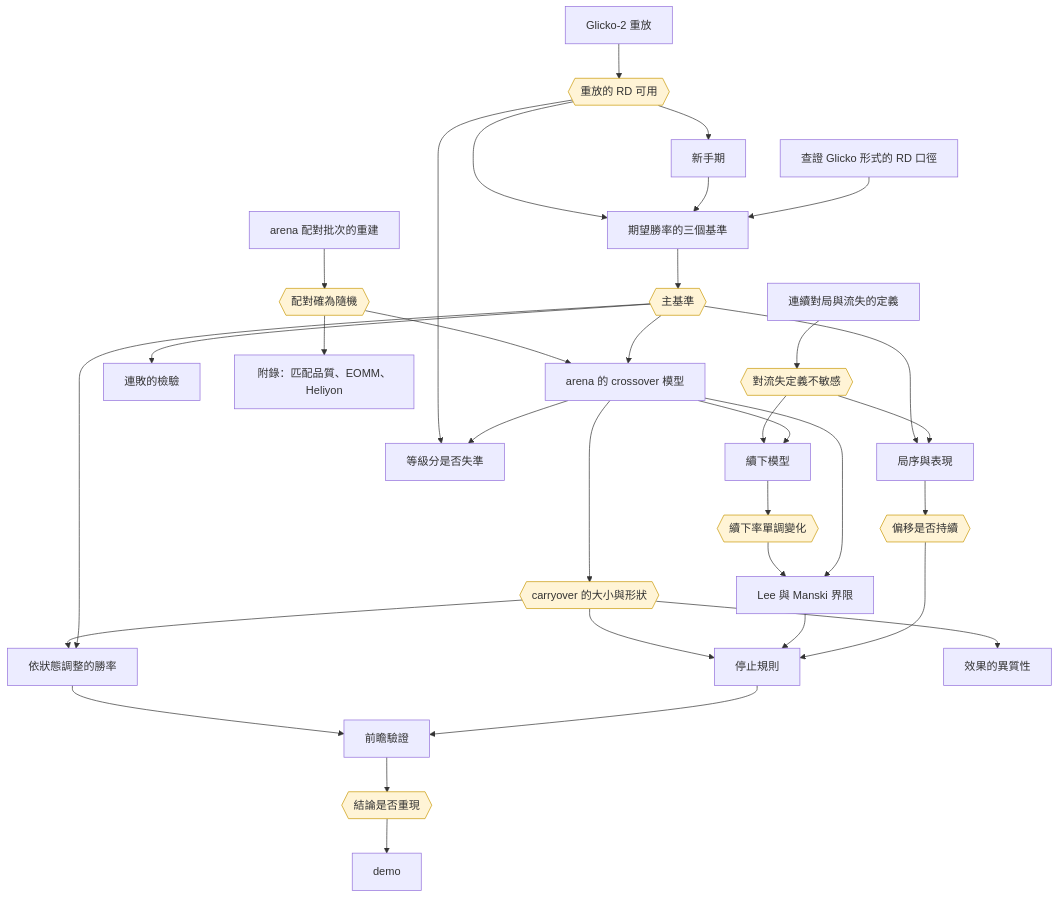
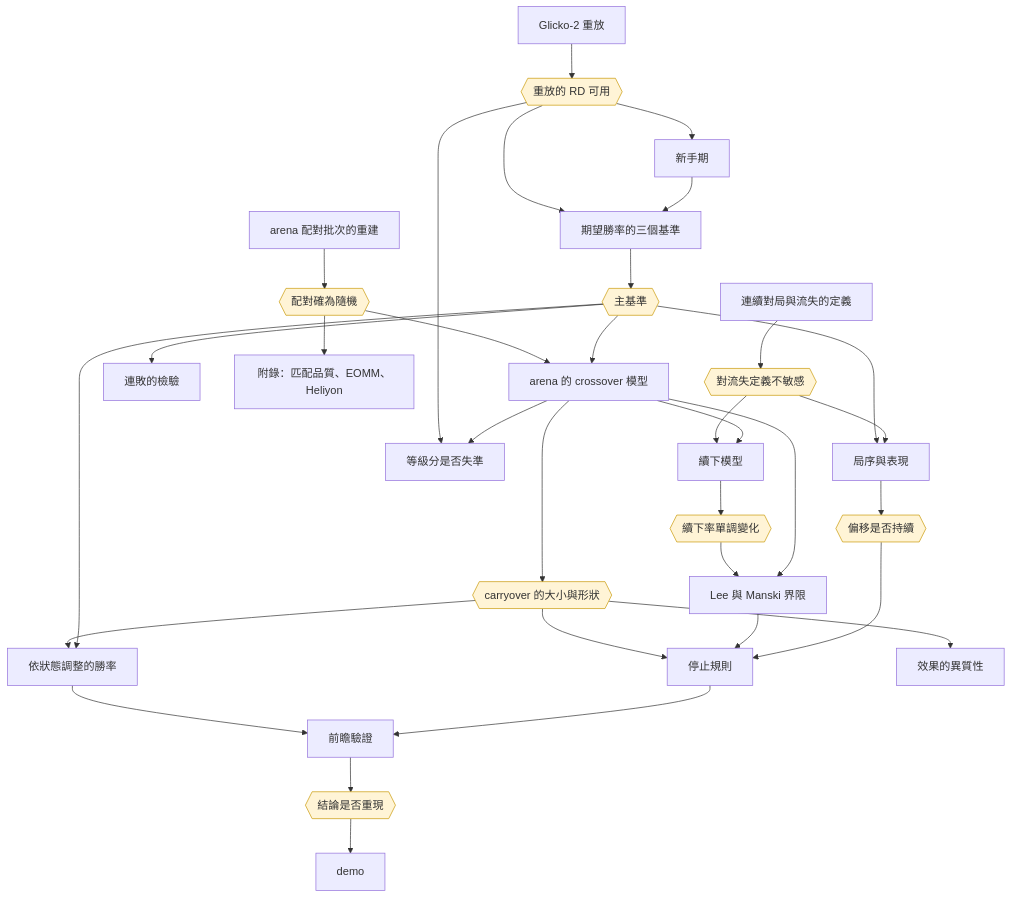
One commit to jambochen/analyze changed the diagram in docs/plan.md. Above: the diagram before and after it, drawn with Mermaid. The commit also changed other lines of this file and 3 other files, not shown here.

````diff
--- a/docs/plan.md
+++ b/docs/plan.md
@@ -212,68 +211,66 @@
 ```mermaid
 flowchart TD
     wave[arena 配對批次的重建]
     replaym[Glicko-2 重放]
     novm[新手期]
-    rdcheck[查證 Glicko 形式的 RD 口徑]
     basem[期望勝率的三個基準]
     churnm[連續對局與流失的定義]
     xom[arena 的 crossover 模型]
     selm[續下模型]
     boundm[Lee 與 Manski 界限]
     filterm[等級分是否失準]
     pmm[局序與表現]
     predm[依狀態調整的勝率]
     stopm[停止規則]
     prospm[前瞻驗證]
     demom[demo]
     hetm[效果的異質性]
     streakm[連敗的檢驗]
     appm[附錄：匹配品質、EOMM、Heliyon]
 
     crand{{配對確為隨機}}
     crep{{重放的 RD 可用}}
     cbase{{主基準}}
     csens{{對流失定義不敏感}}
     cmono{{續下率單調變化}}
     cco{{carryover 的大小與形狀}}
     cshift{{偏移是否持續}}
     cprosp{{結論是否重現}}
 
     wave --> crand
     replaym --> crep
     basem --> cbase
     churnm --> csens
     selm --> cmono
     xom --> cco
     pmm --> cshift
     prospm --> cprosp
 
     crep --> novm
     crep --> basem
     novm --> basem
-    rdcheck --> basem
     crand --> xom
     cbase --> xom
     csens --> selm
     xom --> selm
     cmono --> boundm
     xom --> boundm
     crep --> filterm
     xom --> filterm
     cbase --> pmm
     csens --> pmm
     cco --> predm
     cbase --> predm
     cco --> stopm
     boundm --> stopm
     cshift --> stopm
     predm --> prospm
     stopm --> prospm
     cprosp --> demom
     cco --> hetm
     cbase --> streakm
     crand --> appm
 
     classDef concl fill:#fff4d6,stroke:#c99a06
     class crand,crep,cbase,csens,cmono,cco,cshift,cprosp concl
 ```
````
